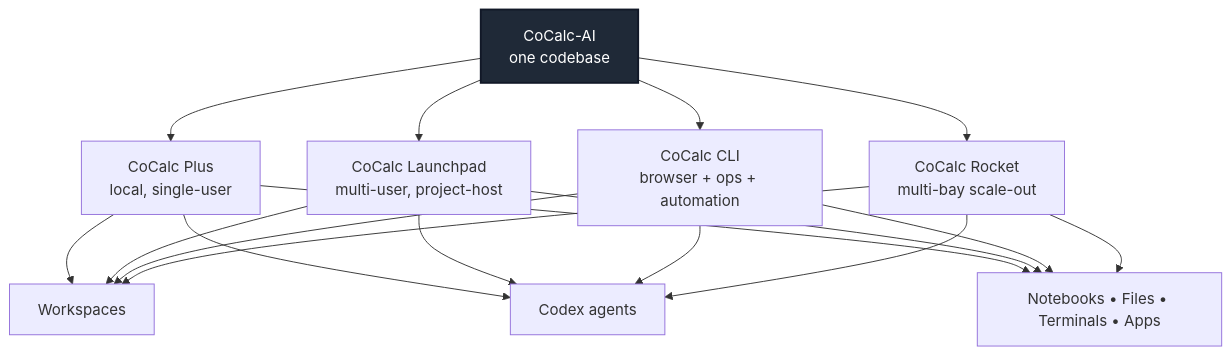
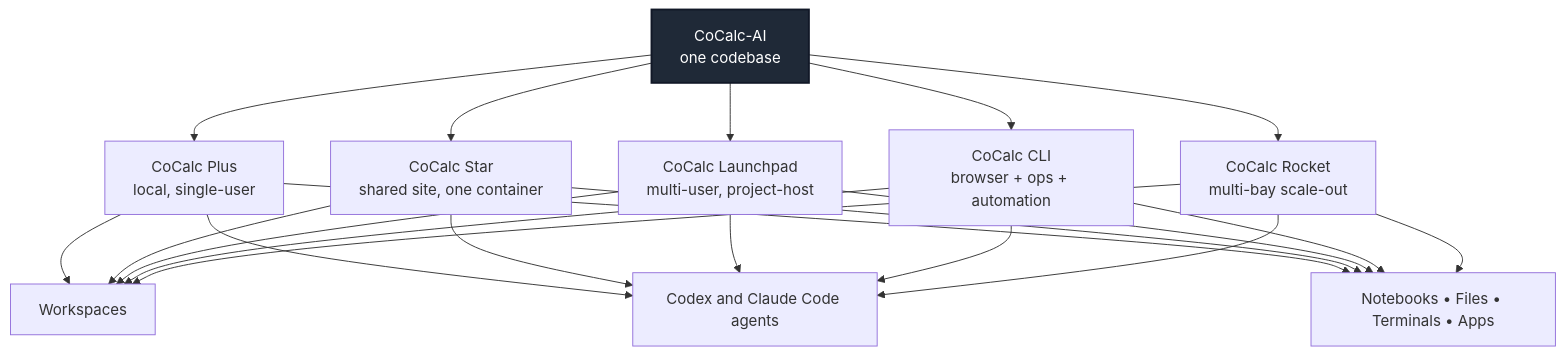
Before and after one commit to sagemathinc/cocalc-ai: the diagram in README.md, drawn with Mermaid. The commit also changed other lines of this file and 3 other files, not shown here.

````diff
--- a/README.md
+++ b/README.md
@@ -15,26 +16,30 @@
 ```mermaid
 flowchart TD
     A["CoCalc-AI<br/>one codebase"]:::core
 
     A --> P["CoCalc Plus<br/>local, single-user"]
+    A --> D["CoCalc Star<br/>shared site, one container"]
     A --> L["CoCalc Launchpad<br/>multi-user, project-host"]
     A --> C["CoCalc CLI<br/>browser + ops + automation"]
     A --> R["CoCalc Rocket<br/>multi-bay scale-out"]
 
     P --> S["Workspaces"]
+    D --> S
     L --> S
     C --> S
     R --> S
 
-    P --> G["Codex agents"]
+    P --> G["Codex and Claude Code agents"]
+    D --> G
     L --> G
     C --> G
     R --> G
 
     P --> T["Notebooks • Files • Terminals • Apps"]
+    D --> T
     L --> T
     C --> T
     R --> T
 
     classDef core fill:#1f2937,color:#fff,stroke:#111827,stroke-width:2px;
 ```
````
